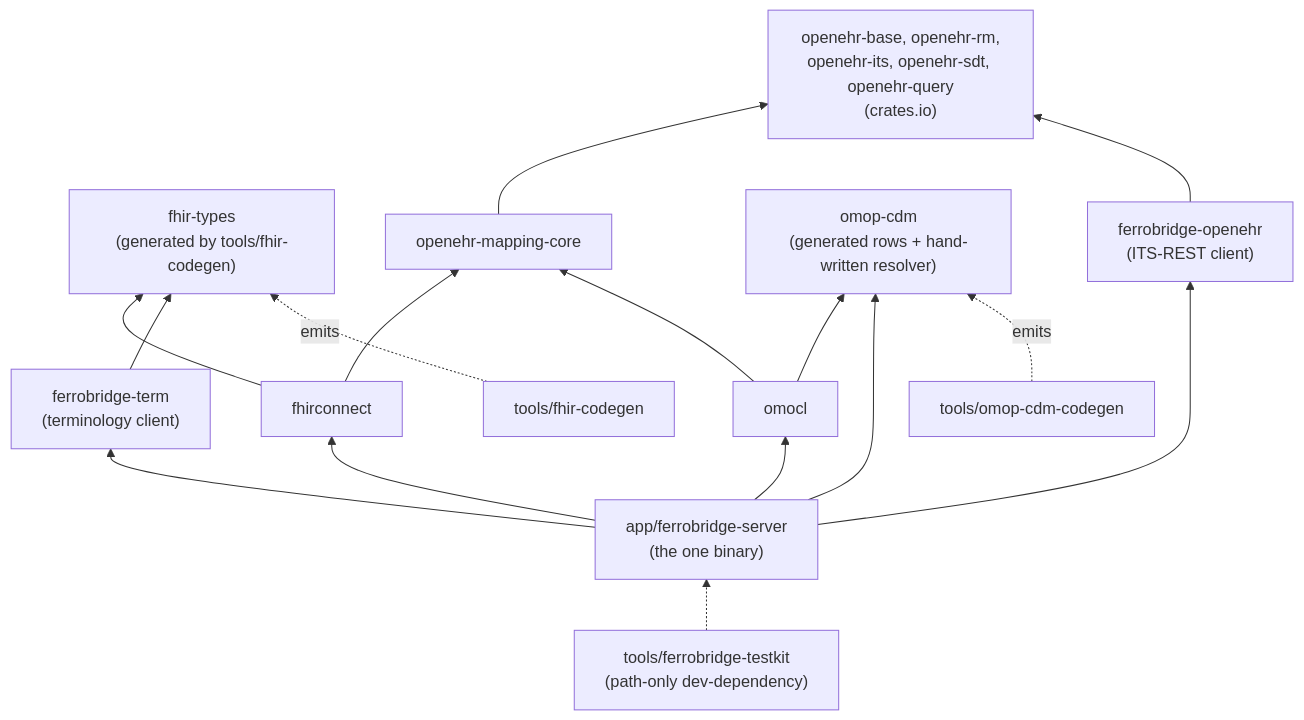
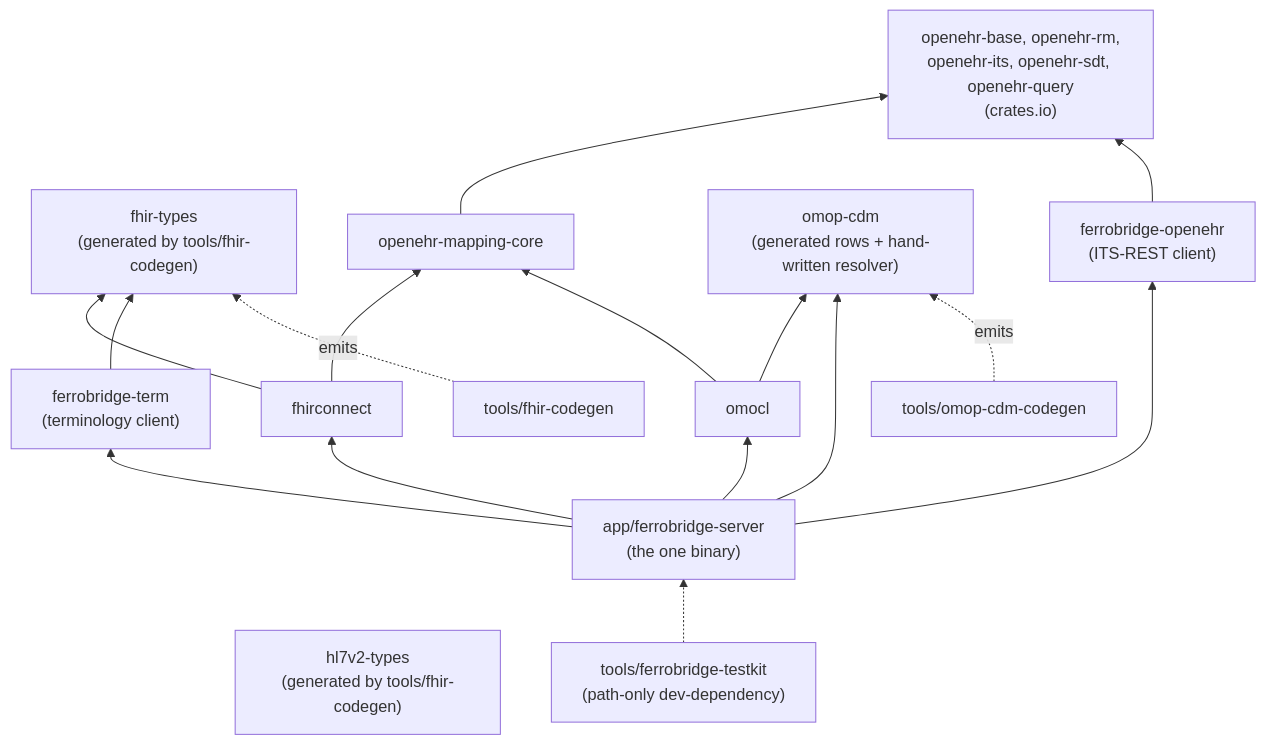
One commit to rubentalstra/FerroBRIDGE changed the eighth of 10 diagrams in docs/architecture.md. Above: the diagram before and after it, drawn with Mermaid. The commit also changed other lines of this file and 532 other files, not shown here.

First line of the commit message:
feat(codegen): the v2 root set and the generated hl7v2-types crate from the HL7 v2 definitions (#277)

````diff
--- a/docs/architecture.md
+++ b/docs/architecture.md
@@ -1164,21 +1167,22 @@
 ```mermaid
 flowchart BT
     FT["fhir-types<br/>(generated by tools/fhir-codegen)"]
+    HV["hl7v2-types<br/>(generated by tools/fhir-codegen)"]
     OE["openehr-base, openehr-rm,<br/>openehr-its, openehr-sdt, openehr-query<br/>(crates.io)"]
     MC["openehr-mapping-core"] --> OE
     FC["fhirconnect"] --> MC
     FC --> FT
     OM["omocl"] --> MC
     OC["omop-cdm<br/>(generated rows + hand-written resolver)"]
     OM --> OC
     CL["ferrobridge-openehr<br/>(ITS-REST client)"] --> OE
     TC["ferrobridge-term<br/>(terminology client)"] --> FT
     SV["app/ferrobridge-server<br/>(the one binary)"] --> FC
     SV --> OM
     SV --> OC
     SV --> CL
     SV --> TC
     TK["tools/ferrobridge-testkit<br/>(path-only dev-dependency)"] -.-> SV
     CG["tools/fhir-codegen"] -.->|"emits"| FT
     OG["tools/omop-cdm-codegen"] -.->|"emits"| OC
 ```
````
